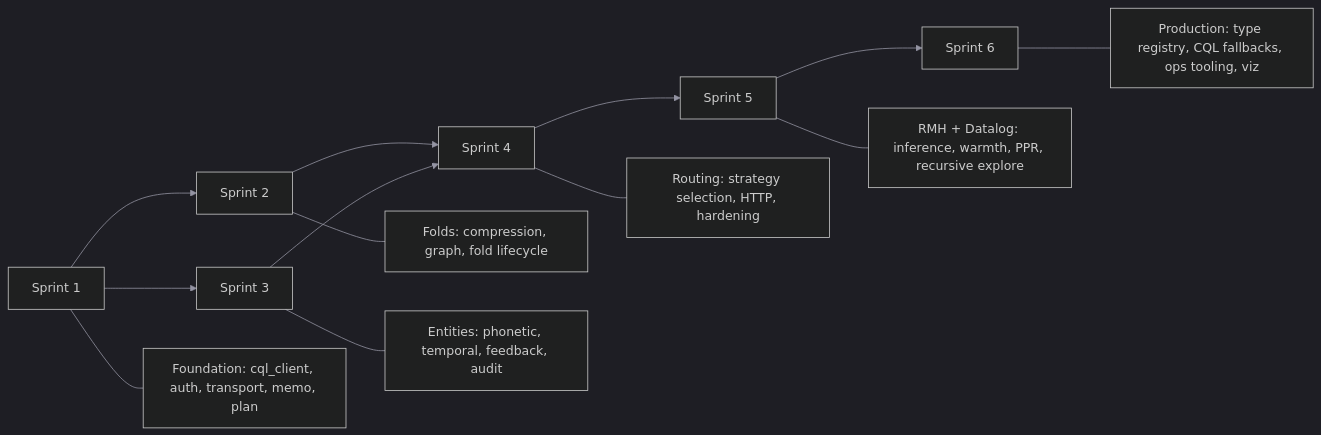
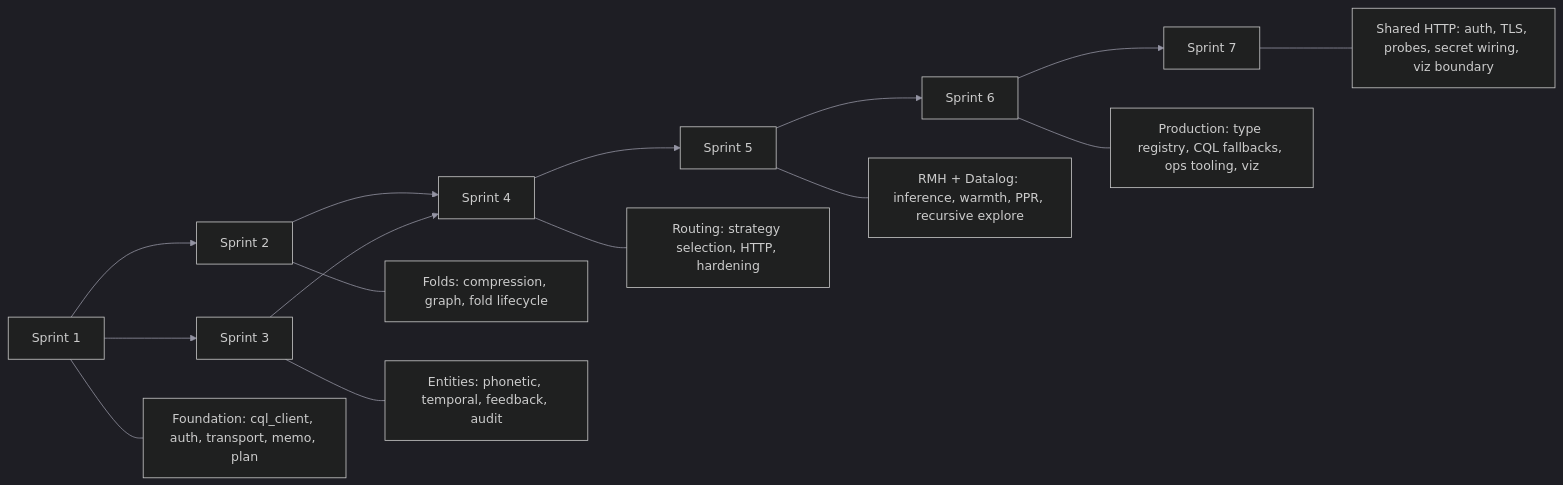
One commit to ferrosadb/ferrosa-memory changed the diagram in specs/project-plan.md. Above: the diagram before and after it, drawn with Mermaid. The commit also changed other lines of this file and 47 other files, not shown here.

First line of the commit message:
feat: shared HTTP deployment, auth, clippy fixes, LaunchAgent support

````diff
--- a/specs/project-plan.md
+++ b/specs/project-plan.md
@@ -314,17 +336,19 @@
 ```mermaid
 %%{init: {'theme':'dark','themeVariables':{'primaryColor':'#16161f','primaryTextColor':'#e8e8ed','primaryBorderColor':'#e2725b','lineColor':'#9494a3','secondaryColor':'#1c1c28','tertiaryColor':'#111118','clusterBkg':'#111118','clusterBorder':'#1e1e2a','edgeLabelBackground':'#111118','nodeTextColor':'#e8e8ed'}}}%%
 graph LR
     S1[Sprint 1] --> S2[Sprint 2]
     S1 --> S3[Sprint 3]
     S2 --> S4[Sprint 4]
     S3 --> S4
     S4 --> S5[Sprint 5]
     S5 --> S6[Sprint 6]
+    S6 --> S7[Sprint 7]
 
     S1 --- note1["Foundation: cql_client, auth, transport, memo, plan"]
     S2 --- note2["Folds: compression, graph, fold lifecycle"]
     S3 --- note3["Entities: phonetic, temporal, feedback, audit"]
     S4 --- note4["Routing: strategy selection, HTTP, hardening"]
     S5 --- note5["RMH + Datalog: inference, warmth, PPR, recursive explore"]
     S6 --- note6["Production: type registry, CQL fallbacks, ops tooling, viz"]
+    S7 --- note7["Shared HTTP: auth, TLS, probes, secret wiring, viz boundary"]
 ```
````
